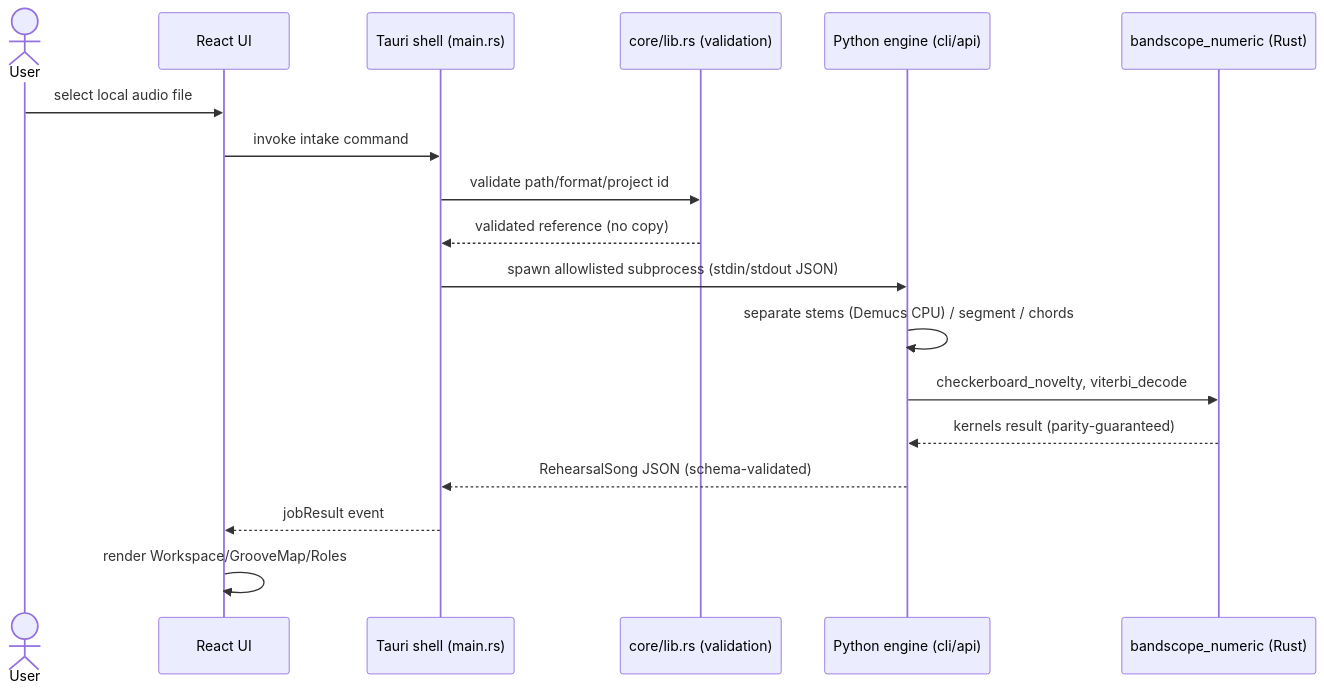
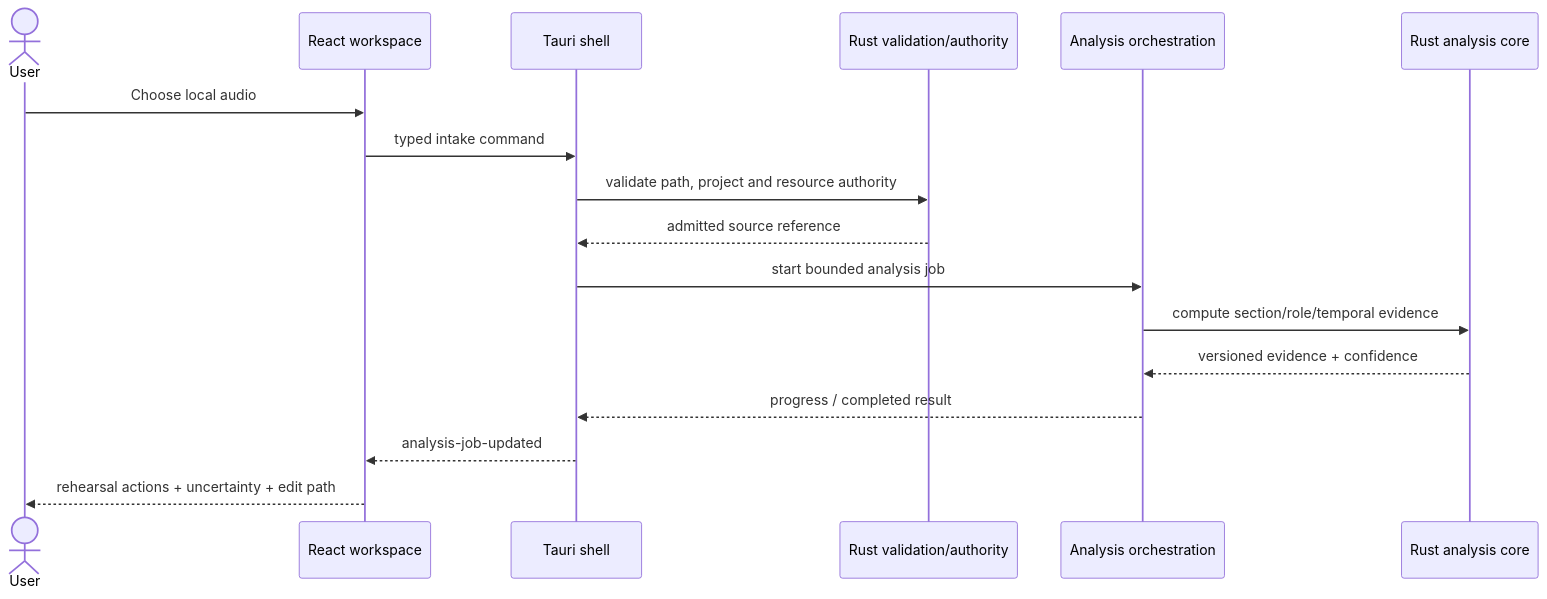
The second of 3 diagrams in docs/product-technical-gap-baseline.md (ContextualWisdomLab/bandscope), drawn with Mermaid before and after one commit. The commit also changed other lines of this file, not shown here.

````diff
--- a/docs/product-technical-gap-baseline.md
+++ b/docs/product-technical-gap-baseline.md
@@ -165,20 +248,20 @@
 ```mermaid
 sequenceDiagram
     actor U as User
-    participant UI as React UI
-    participant T as Tauri shell (main.rs)
-    participant C as core/lib.rs (validation)
-    participant P as Python engine (cli/api)
-    participant N as bandscope_numeric (Rust)
-    U->>UI: select local audio file
-    UI->>T: invoke intake command
-    T->>C: validate path/format/project id
-    C-->>T: validated reference (no copy)
-    T->>P: spawn allowlisted subprocess (stdin/stdout JSON)
-    P->>P: separate stems (Demucs CPU) / segment / chords
-    P->>N: checkerboard_novelty, viterbi_decode
-    N-->>P: kernels result (parity-guaranteed)
-    P-->>T: RehearsalSong JSON (schema-validated)
-    T-->>UI: jobResult event
-    UI->>UI: render Workspace/GrooveMap/Roles
+    participant UI as React workspace
+    participant T as Tauri shell
+    participant V as Rust validation/authority
+    participant O as Analysis orchestration
+    participant R as Rust analysis core
+
+    U->>UI: Choose local audio
+    UI->>T: typed intake command
+    T->>V: validate path, project and resource authority
+    V-->>T: admitted source reference
+    T->>O: start bounded analysis job
+    O->>R: compute section/role/temporal evidence
+    R-->>O: versioned evidence + confidence
+    O-->>T: progress / completed result
+    T-->>UI: analysis-job-updated
+    UI-->>U: rehearsal actions + uncertainty + edit path
 ```
````
